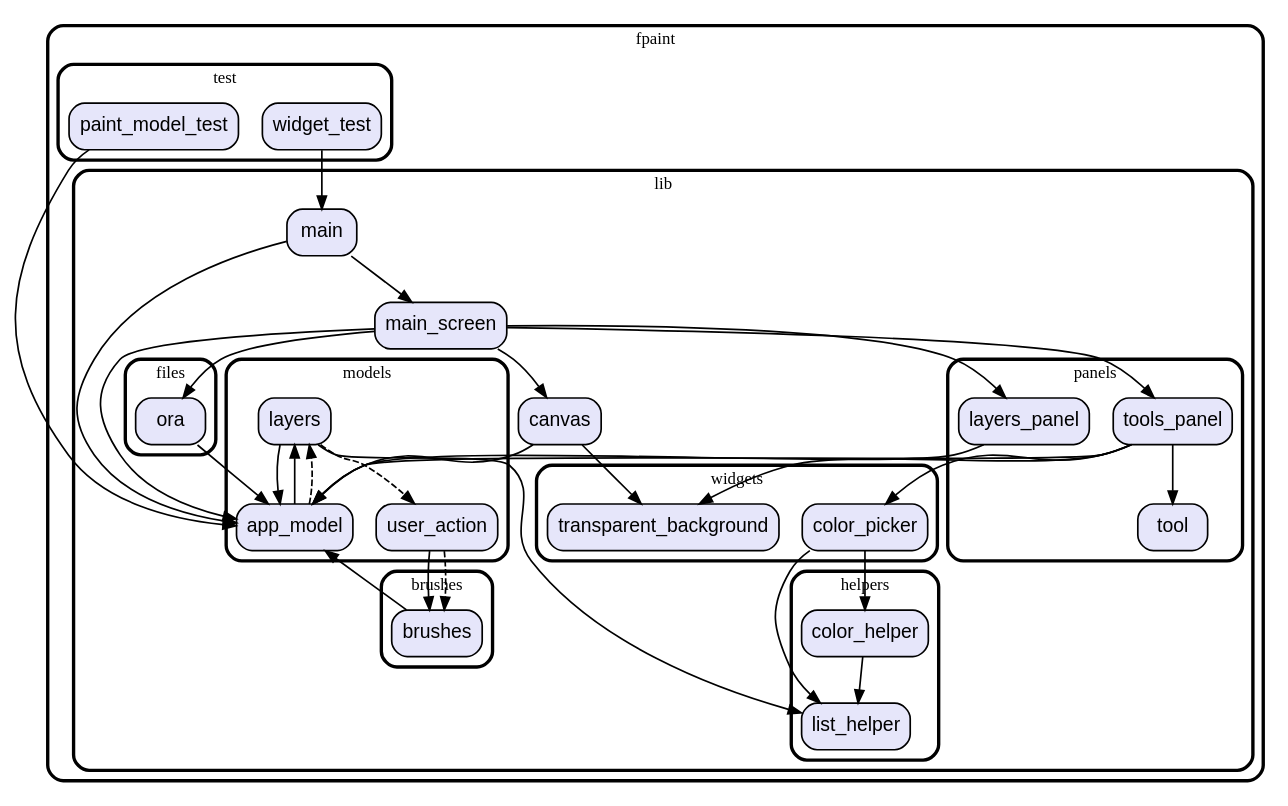
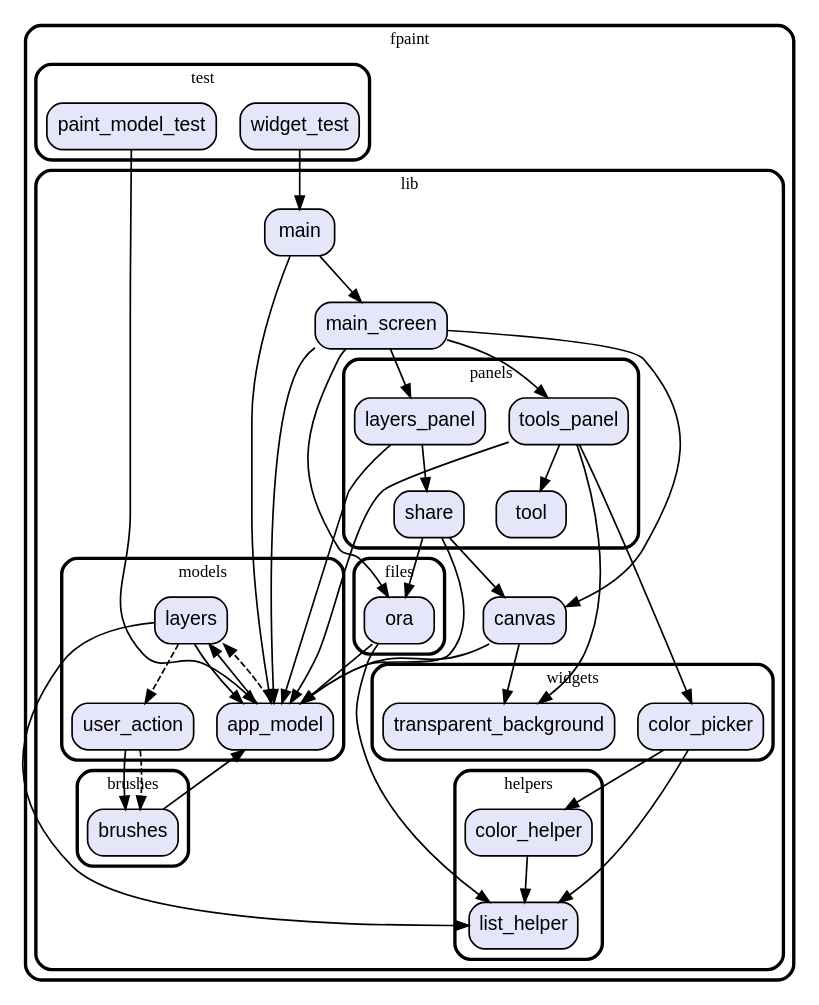
One commit to vteam-com/fPaint changed the diagram in graph.dot. Above: the diagram before and after it, drawn with Graphviz. The commit also changed 8 other files, not shown here.

```diff
--- a/graph.dot
+++ b/graph.dot
@@ -1,94 +1,101 @@
 digraph "" {
   graph [style=rounded fontname="Arial Black" fontsize=13 penwidth=2.6];
   node [shape=rect style="filled,rounded" fontname=Arial fontsize=15 fillcolor=Lavender penwidth=1.3];
   edge [penwidth=1.3];
   "/test/paint_model_test.dart" [label="paint_model_test"];
   "/test/widget_test.dart" [label="widget_test"];
   "/lib/brushes/brushes.dart" [label="brushes"];
   "/lib/panels/tools_panel.dart" [label="tools_panel"];
   "/lib/panels/layers_panel.dart" [label="layers_panel"];
   "/lib/panels/tool.dart" [label="tool"];
+  "/lib/panels/share.dart" [label="share"];
   "/lib/models/layers.dart" [label="layers"];
   "/lib/models/user_action.dart" [label="user_action"];
   "/lib/models/app_model.dart" [label="app_model"];
   "/lib/main.dart" [label="main"];
   "/lib/files/ora.dart" [label="ora"];
   "/lib/canvas.dart" [label="canvas"];
   "/lib/main_screen.dart" [label="main_screen"];
   "/lib/helpers/list_helper.dart" [label="list_helper"];
   "/lib/helpers/color_helper.dart" [label="color_helper"];
   "/lib/widgets/transparent_background.dart" [label="transparent_background"];
   "/lib/widgets/color_picker.dart" [label="color_picker"];
   subgraph "cluster~" {
     label="fpaint";
     subgraph "cluster~/test" {
       label="test";
       "/test/paint_model_test.dart";
       "/test/widget_test.dart";
     }
     subgraph "cluster~/lib" {
       label="lib";
       "/lib/main.dart";
       "/lib/canvas.dart";
       "/lib/main_screen.dart";
       subgraph "cluster~/lib/brushes" {
         label="brushes";
         "/lib/brushes/brushes.dart";
       }
       subgraph "cluster~/lib/panels" {
         label="panels";
         "/lib/panels/tools_panel.dart";
         "/lib/panels/layers_panel.dart";
         "/lib/panels/tool.dart";
+        "/lib/panels/share.dart";
       }
       subgraph "cluster~/lib/models" {
         label="models";
         "/lib/models/layers.dart";
         "/lib/models/user_action.dart";
         "/lib/models/app_model.dart";
       }
       subgraph "cluster~/lib/files" {
         label="files";
         "/lib/files/ora.dart";
       }
       subgraph "cluster~/lib/helpers" {
         label="helpers";
         "/lib/helpers/list_helper.dart";
         "/lib/helpers/color_helper.dart";
       }
       subgraph "cluster~/lib/widgets" {
         label="widgets";
         "/lib/widgets/transparent_background.dart";
         "/lib/widgets/color_picker.dart";
       }
     }
   }
   "/test/paint_model_test.dart" -> "/lib/models/app_model.dart";
   "/test/widget_test.dart" -> "/lib/main.dart";
   "/lib/brushes/brushes.dart" -> "/lib/models/app_model.dart";
   "/lib/panels/tools_panel.dart" -> "/lib/models/app_model.dart";
   "/lib/panels/tools_panel.dart" -> "/lib/panels/tool.dart";
   "/lib/panels/tools_panel.dart" -> "/lib/widgets/color_picker.dart";
   "/lib/panels/tools_panel.dart" -> "/lib/widgets/transparent_background.dart";
   "/lib/panels/layers_panel.dart" -> "/lib/models/app_model.dart";
+  "/lib/panels/layers_panel.dart" -> "/lib/panels/share.dart";
+  "/lib/panels/share.dart" -> "/lib/canvas.dart";
+  "/lib/panels/share.dart" -> "/lib/files/ora.dart";
+  "/lib/panels/share.dart" -> "/lib/models/app_model.dart";
   "/lib/models/layers.dart" -> "/lib/helpers/list_helper.dart";
   "/lib/models/layers.dart" -> "/lib/models/app_model.dart";
   "/lib/models/layers.dart" -> "/lib/models/user_action.dart" [style=dashed];
   "/lib/models/user_action.dart" -> "/lib/brushes/brushes.dart";
   "/lib/models/user_action.dart" -> "/lib/brushes/brushes.dart" [style=dashed];
   "/lib/models/app_model.dart" -> "/lib/models/layers.dart";
   "/lib/models/app_model.dart" -> "/lib/models/layers.dart" [style=dashed];
   "/lib/main.dart" -> "/lib/main_screen.dart";
   "/lib/main.dart" -> "/lib/models/app_model.dart";
+  "/lib/files/ora.dart" -> "/lib/helpers/list_helper.dart";
   "/lib/files/ora.dart" -> "/lib/models/app_model.dart";
   "/lib/canvas.dart" -> "/lib/widgets/transparent_background.dart";
   "/lib/canvas.dart" -> "/lib/models/app_model.dart";
   "/lib/main_screen.dart" -> "/lib/canvas.dart";
   "/lib/main_screen.dart" -> "/lib/files/ora.dart";
   "/lib/main_screen.dart" -> "/lib/panels/layers_panel.dart";
   "/lib/main_screen.dart" -> "/lib/panels/tools_panel.dart";
   "/lib/main_screen.dart" -> "/lib/models/app_model.dart";
   "/lib/helpers/color_helper.dart" -> "/lib/helpers/list_helper.dart";
   "/lib/widgets/color_picker.dart" -> "/lib/helpers/color_helper.dart";
   "/lib/widgets/color_picker.dart" -> "/lib/helpers/list_helper.dart";
 }
```
